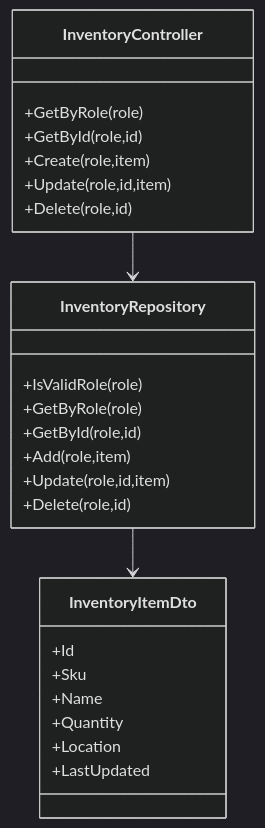
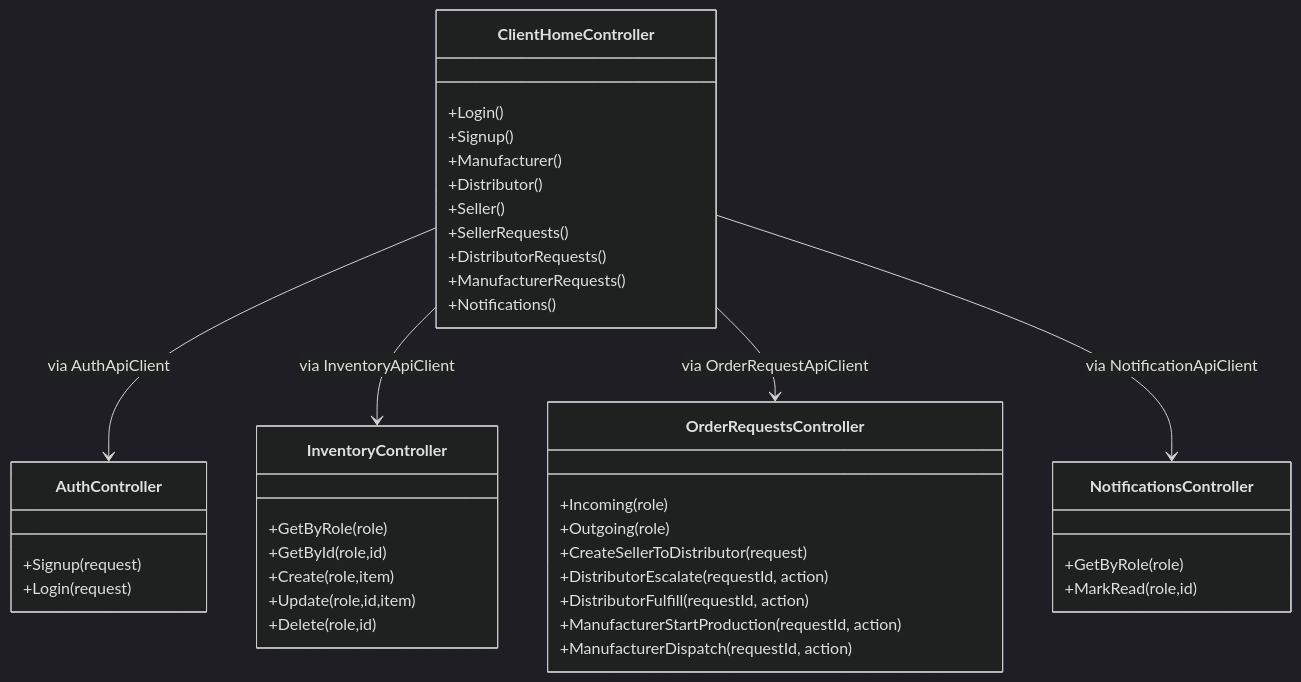
One commit to karththiga/Cozy_Comfort changed the third of 3 diagrams in docs/architecture.md. Above: the diagram before and after it, drawn with Mermaid (dark theme). The commit also changed other lines of this file and 28 other files, not shown here.

Commit message:
Upgrade Task 2 documentation with complete SOC diagrams and checklist

````diff
--- a/docs/architecture.md
+++ b/docs/architecture.md
@@ -85,31 +49,47 @@
 ```mermaid
 classDiagram
+    class AuthController {
+      +Signup(request)
+      +Login(request)
+    }
+
     class InventoryController {
       +GetByRole(role)
       +GetById(role,id)
       +Create(role,item)
       +Update(role,id,item)
       +Delete(role,id)
     }
 
-    class InventoryRepository {
-      +IsValidRole(role)
-      +GetByRole(role)
-      +GetById(role,id)
-      +Add(role,item)
-      +Update(role,id,item)
-      +Delete(role,id)
+    class OrderRequestsController {
+      +Incoming(role)
+      +Outgoing(role)
+      +CreateSellerToDistributor(request)
+      +DistributorEscalate(requestId, action)
+      +DistributorFulfill(requestId, action)
+      +ManufacturerStartProduction(requestId, action)
+      +ManufacturerDispatch(requestId, action)
     }
 
-    class InventoryItemDto {
-      +Id
-      +Sku
-      +Name
-      +Quantity
-      +Location
-      +LastUpdated
+    class NotificationsController {
+      +GetByRole(role)
+      +MarkRead(role,id)
     }
 
-    InventoryController --> InventoryRepository
-    InventoryRepository --> InventoryItemDto
+    class ClientHomeController {
+      +Login()
+      +Signup()
+      +Manufacturer()
+      +Distributor()
+      +Seller()
+      +SellerRequests()
+      +DistributorRequests()
+      +ManufacturerRequests()
+      +Notifications()
+    }
+
+    ClientHomeController --> AuthController : via AuthApiClient
+    ClientHomeController --> InventoryController : via InventoryApiClient
+    ClientHomeController --> OrderRequestsController : via OrderRequestApiClient
+    ClientHomeController --> NotificationsController : via NotificationApiClient
 ```
````
